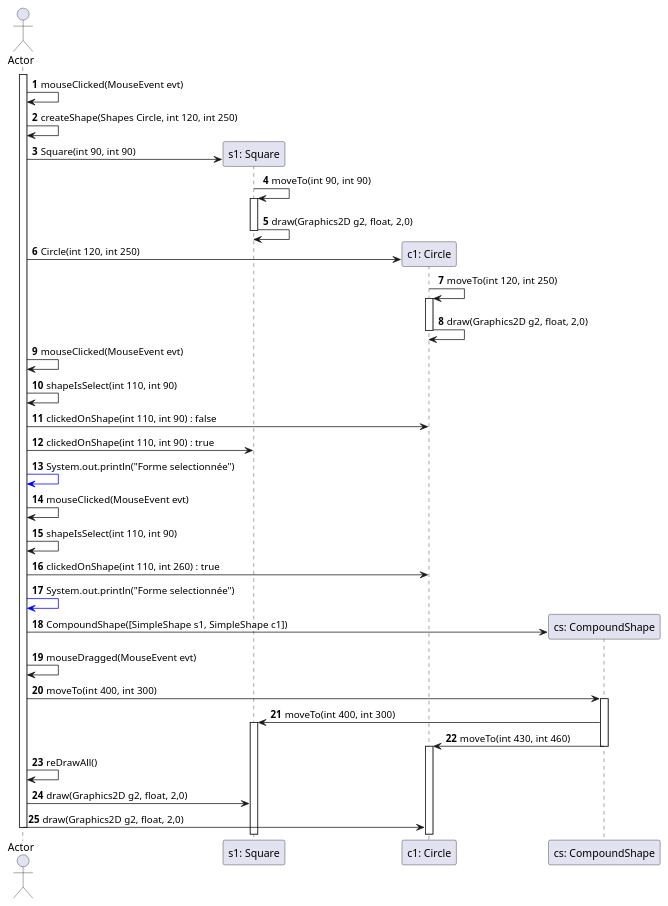
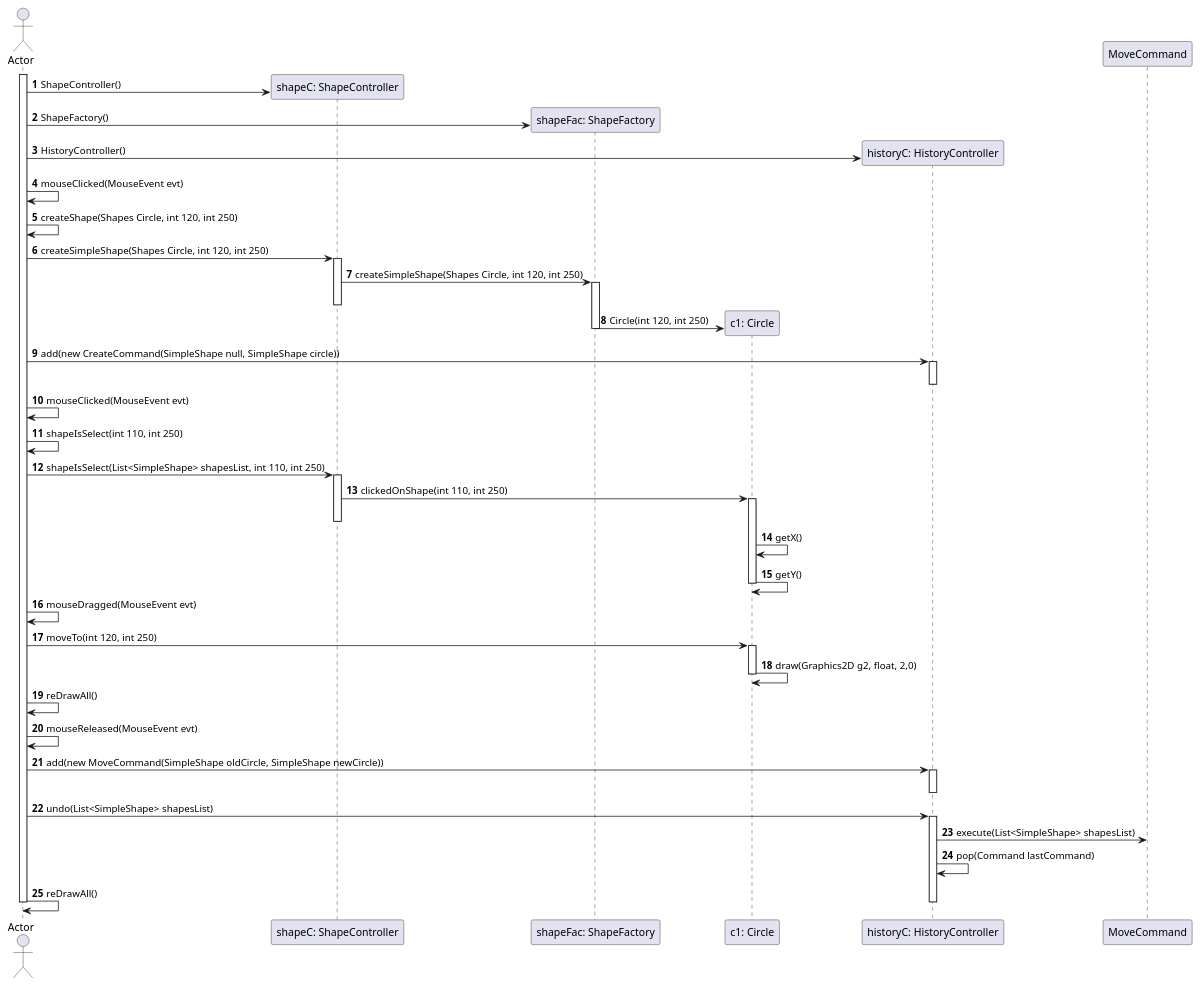
One commit to Jerome-GBZ/Projet-Patron-de-conception changed the diagram in Diagrammes/Diagram_sequence2.puml. Above: the diagram before and after it, drawn with PlantUML. The commit also changed 2 other files, not shown here.

Commit message:
diag_sequence2

```diff
--- a/Diagrammes/Diagram_sequence2.puml
+++ b/Diagrammes/Diagram_sequence2.puml
@@ -1,76 +1,55 @@
 @startuml
 
 autonumber
 
 actor Actor as JDrawingFrame
-participant "s1: Square" as Square
+participant "shapeC: ShapeController" as shapeController
+participant "shapeFac: ShapeFactory" as shapeFac
 participant "c1: Circle" as Circle
-participant "cs: CompoundShape" as CompoundShape
+participant "historyC: HistoryController" as histController
+
 
 activate JDrawingFrame
+JDrawingFrame -> shapeController ** : ShapeController()
+JDrawingFrame -> shapeFac ** : ShapeFactory()
+JDrawingFrame -> histController ** : HistoryController()
+
 JDrawingFrame -> JDrawingFrame : mouseClicked(MouseEvent evt)
 JDrawingFrame -> JDrawingFrame : createShape(Shapes Circle, int 120, int 250)
+JDrawingFrame -> shapeController ++ : createSimpleShape(Shapes Circle, int 120, int 250)
+shapeController -> shapeFac ++-- : createSimpleShape(Shapes Circle, int 120, int 250)
+shapeFac -> Circle ** : Circle(int 120, int 250)
+deactivate shapeFac
 
-JDrawingFrame -> Square ** : Square(int 90, int 90)
-Square -> Square ++ : moveTo(int 90, int 90)
-Square -> Square -- : draw(Graphics2D g2, float, 2,0)
-
-JDrawingFrame -> Circle ** : Circle(int 120, int 250)
-Circle -> Circle ++ : moveTo(int 120, int 250)
-Circle -> Circle -- : draw(Graphics2D g2, float, 2,0)
+JDrawingFrame -> histController ++ : add(new CreateCommand(SimpleShape null, SimpleShape circle))
+deactivate histController
 
 JDrawingFrame -> JDrawingFrame : mouseClicked(MouseEvent evt)
-JDrawingFrame -> JDrawingFrame : shapeIsSelect(int 110, int 90)
-JDrawingFrame -> Circle : clickedOnShape(int 110, int 90) : false
-JDrawingFrame -> Square : clickedOnShape(int 110, int 90) : true
-JDrawingFrame -[#0000FF]> JDrawingFrame : System.out.println("Forme selectionnée")
-
-JDrawingFrame -> JDrawingFrame : mouseClicked(MouseEvent evt)
-JDrawingFrame -> JDrawingFrame : shapeIsSelect(int 110, int 90)
-JDrawingFrame -> Circle : clickedOnShape(int 110, int 260) : true
-JDrawingFrame -[#0000FF]> JDrawingFrame : System.out.println("Forme selectionnée")
-
-JDrawingFrame -> CompoundShape ** : CompoundShape([SimpleShape s1, SimpleShape c1])
+JDrawingFrame -> JDrawingFrame : shapeIsSelect(int 110, int 250)
+JDrawingFrame -> shapeController ++ : shapeIsSelect(List<SimpleShape> shapesList, int 110, int 250)
+shapeController -> Circle ++-- : clickedOnShape(int 110, int 250)
+Circle -> Circle : getX()
+Circle -> Circle -- : getY()
 
 JDrawingFrame -> JDrawingFrame : mouseDragged(MouseEvent evt)
-JDrawingFrame -> CompoundShape ++ : moveTo(int 400, int 300)
-CompoundShape -> Square ++ : moveTo(int 400, int 300)
-CompoundShape -> Circle --++ : moveTo(int 430, int 460)
+JDrawingFrame -> Circle ++ : moveTo(int 120, int 250)
+Circle -> Circle -- : draw(Graphics2D g2, float, 2,0)
+JDrawingFrame -> JDrawingFrame : reDrawAll()
 
+JDrawingFrame -> JDrawingFrame : mouseReleased(MouseEvent evt)
+JDrawingFrame -> histController ++ : add(new MoveCommand(SimpleShape oldCircle, SimpleShape newCircle))
+deactivate histController
+
+JDrawingFrame -> histController ++ : undo(List<SimpleShape> shapesList)
+histController -> MoveCommand : execute(List<SimpleShape> shapesList)
+histController -> histController : pop(Command lastCommand)
 JDrawingFrame -> JDrawingFrame : reDrawAll()
-JDrawingFrame -> Square : draw(Graphics2D g2, float, 2,0)
-JDrawingFrame -> Circle : draw(Graphics2D g2, float, 2,0)
+deactivate histController
+
 
 ' Objectif de ce diagram :
 ' On a déjà notre frame diponible
 ' On va ajouter une forme Circle + Triangle que l'on va grouper puis déplacer
 
-' JDrawingFrame -> etuDBjrAV ** : EtudiantDitBonjourAVisitor(lolo)
-' Main -> enigma ++ : ditBonjourA(etuDBjrAV)
-
-' enigma -> etuDBjrAV --++ : visit(enigma)
-' etuDBjrAV -> enigma ++ : bonjour(false)
-' etuDBjrAV -> enigma : presentation(false)
-' etuDBjrAV -> etuRABjrDV ** : EtudiantRepondAuBonjourDeVisitor(enigma)
-' etuDBjrAV -> lolo ++-- : repondAuBonjourDe(etuRABjrDV)
-
-' lolo -> etuRABjrDV --++ : visit(lolo)
-' etuRABjrDV -> lolo ++ : reponseAuBonjourDe(enigma, false)
-' etuRABjrDV -> lolo : presentation(false)
-' etuRABjrDV -> etuSiCVAV **  : EtudiantDemandeSiCaVaVisitor(enigma)
-' etuRABjrDV -> lolo -- : demandeSiCaVaA(etuSiCVAV)
-
-' lolo -> etuSiCVAV --++ : visit(lolo)
-' etuSiCVAV -> lolo ++ : caVa(enigma, false)
-' etuSiCVAV -> lolo : presentation(false)
-' deactivate lolo
-
-' etuSiCVAV -> etuDEtVV ** : EtudiantDemandeEtVousVisitor(lolo)
-' etuSiCVAV -> enigma -- : demandeEtVousA(etuDEtVV)
-' enigma -> etuDEtVV --++ : visit(enigma)
-' etuDEtVV -> enigma ++ : etVous(enigma, false)
-' etuDEtVV -> enigma -- : presentation(false)
-
-' deactivate enigma
 deactivate JDrawingFrame
 @enduml
```
